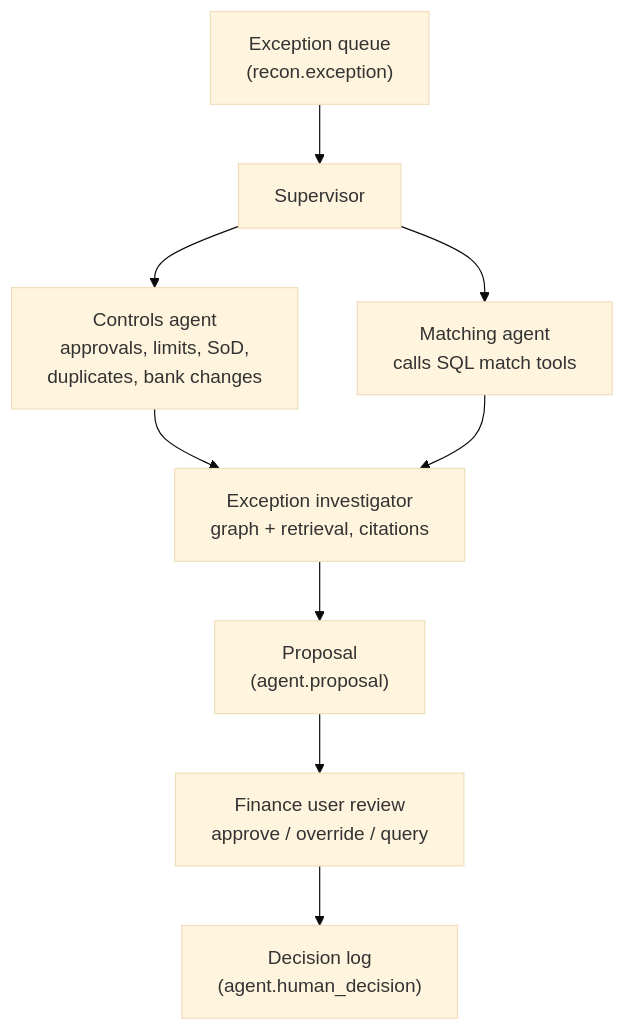
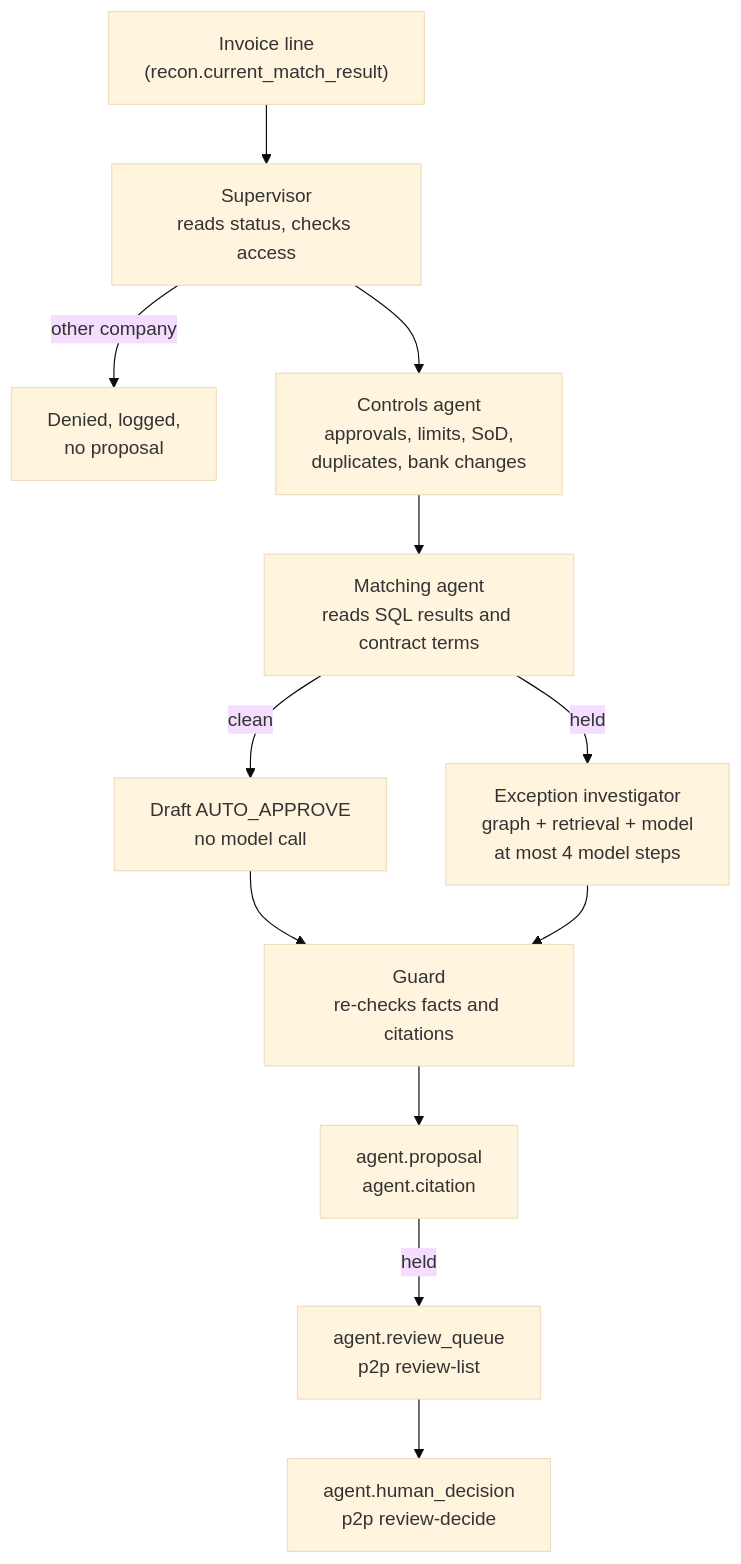
One commit to mhanssari/Data-AI-Engineering-Portfolio changed the diagram in cases/06-p2p-agentic-reconciliation/docs/agent-design.md. Above: the diagram before and after it, drawn with Mermaid (base theme). The commit also changed other lines of this file and 47 other files, not shown here.

````diff
--- a/cases/06-p2p-agentic-reconciliation/docs/agent-design.md
+++ b/cases/06-p2p-agentic-reconciliation/docs/agent-design.md
@@ -9,11 +9,14 @@
 ```mermaid
 flowchart TD
-  Q["Exception queue<br/>(recon.exception)"] --> S["Supervisor"]
+  Q["Invoice line<br/>(recon.current_match_result)"] --> S["Supervisor<br/>reads status, checks access"]
+  S -- "other company" --> D["Denied, logged,<br/>no proposal"]
   S --> C["Controls agent<br/>approvals, limits, SoD,<br/>duplicates, bank changes"]
-  S --> M["Matching agent<br/>calls SQL match tools"]
-  C --> X["Exception investigator<br/>graph + retrieval, citations"]
-  M --> X
-  X --> P["Proposal<br/>(agent.proposal)"]
-  P --> H["Finance user review<br/>approve / override / query"]
-  H --> D["Decision log<br/>(agent.human_decision)"]
+  C --> M["Matching agent<br/>reads SQL results and contract terms"]
+  M -- "clean" --> A["Draft AUTO_APPROVE<br/>no model call"]
+  M -- "held" --> X["Exception investigator<br/>graph + retrieval + model<br/>at most 4 model steps"]
+  A --> G["Guard<br/>re-checks facts and citations"]
+  X --> G
+  G --> P["agent.proposal<br/>agent.citation"]
+  P -- "held" --> H["agent.review_queue<br/>p2p review-list"]
+  H --> R["agent.human_decision<br/>p2p review-decide"]
 ```
````
